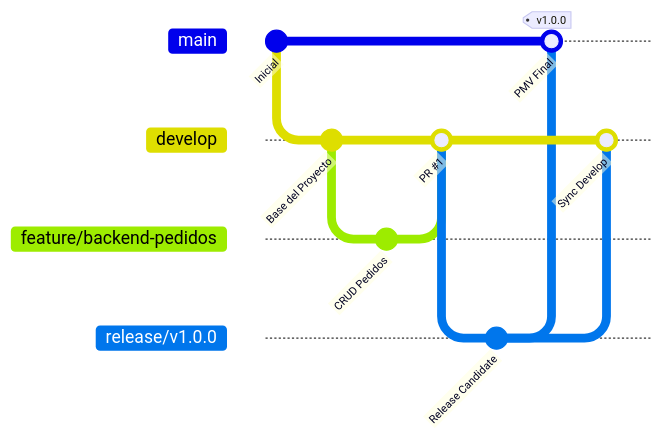
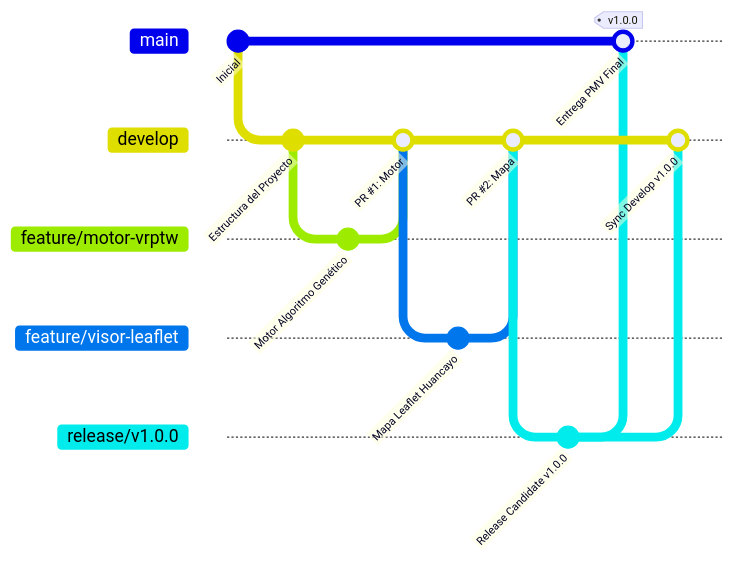
The third of 3 diagrams in README.md (The-Yuu7/EcoLogCity), drawn with Mermaid before and after one commit. The commit also changed other lines of this file, not shown here.

Commit message:
style(docs): redesign diagrams in README to be custom for EcoLogCity

````diff
--- a/README.md
+++ b/README.md
@@ -168,19 +203,24 @@
 ```mermaid
 gitGraph
     commit id: "Inicial"
     branch develop
     checkout develop
-    commit id: "Base del Proyecto"
-    branch feature/backend-pedidos
-    checkout feature/backend-pedidos
-    commit id: "CRUD Pedidos"
+    commit id: "Estructura del Proyecto"
+    branch feature/motor-vrptw
+    checkout feature/motor-vrptw
+    commit id: "Motor Algoritmo Genético"
     checkout develop
-    merge feature/backend-pedidos id: "PR #1"
+    merge feature/motor-vrptw id: "PR #1: Motor"
+    branch feature/visor-leaflet
+    checkout feature/visor-leaflet
+    commit id: "Mapa Leaflet Huancayo"
+    checkout develop
+    merge feature/visor-leaflet id: "PR #2: Mapa"
     branch release/v1.0.0
     checkout release/v1.0.0
-    commit id: "Release Candidate"
+    commit id: "Release Candidate v1.0.0"
     checkout main
-    merge release/v1.0.0 id: "PMV Final" tag: "v1.0.0"
+    merge release/v1.0.0 id: "Entrega PMV Final" tag: "v1.0.0"
     checkout develop
-    merge release/v1.0.0 id: "Sync Develop"
+    merge release/v1.0.0 id: "Sync Develop v1.0.0"
 ```
````
